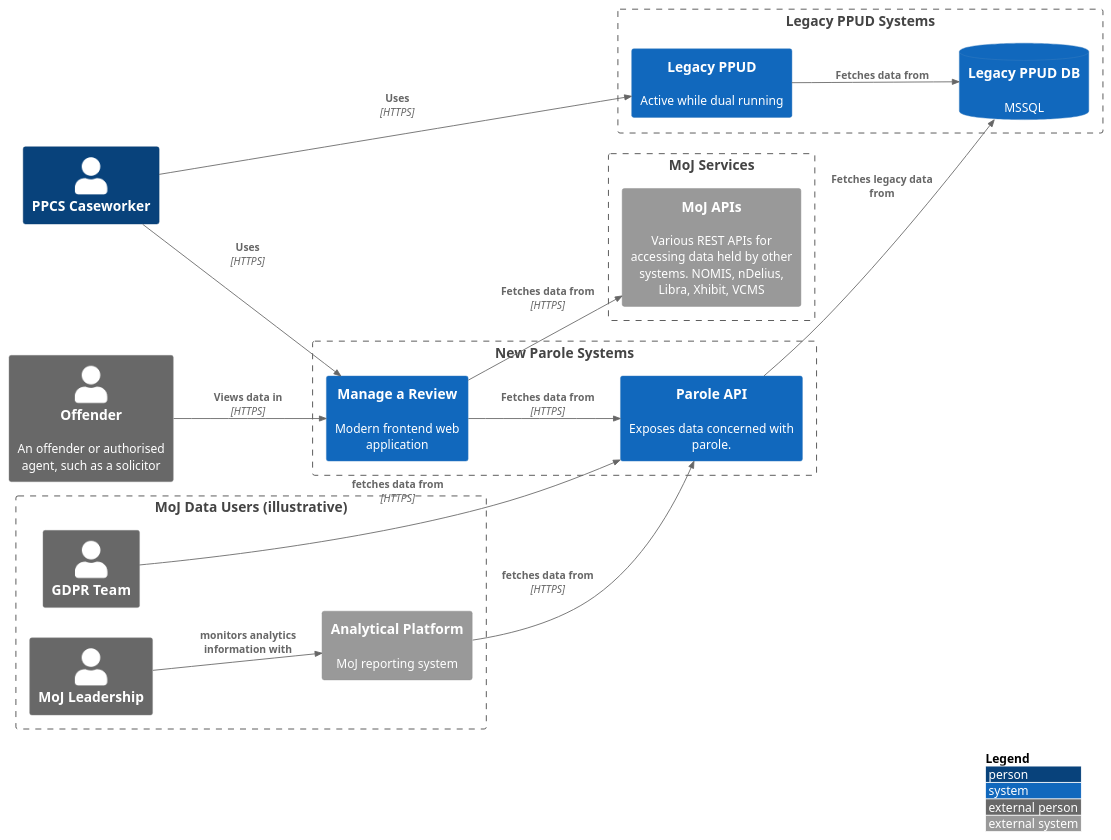
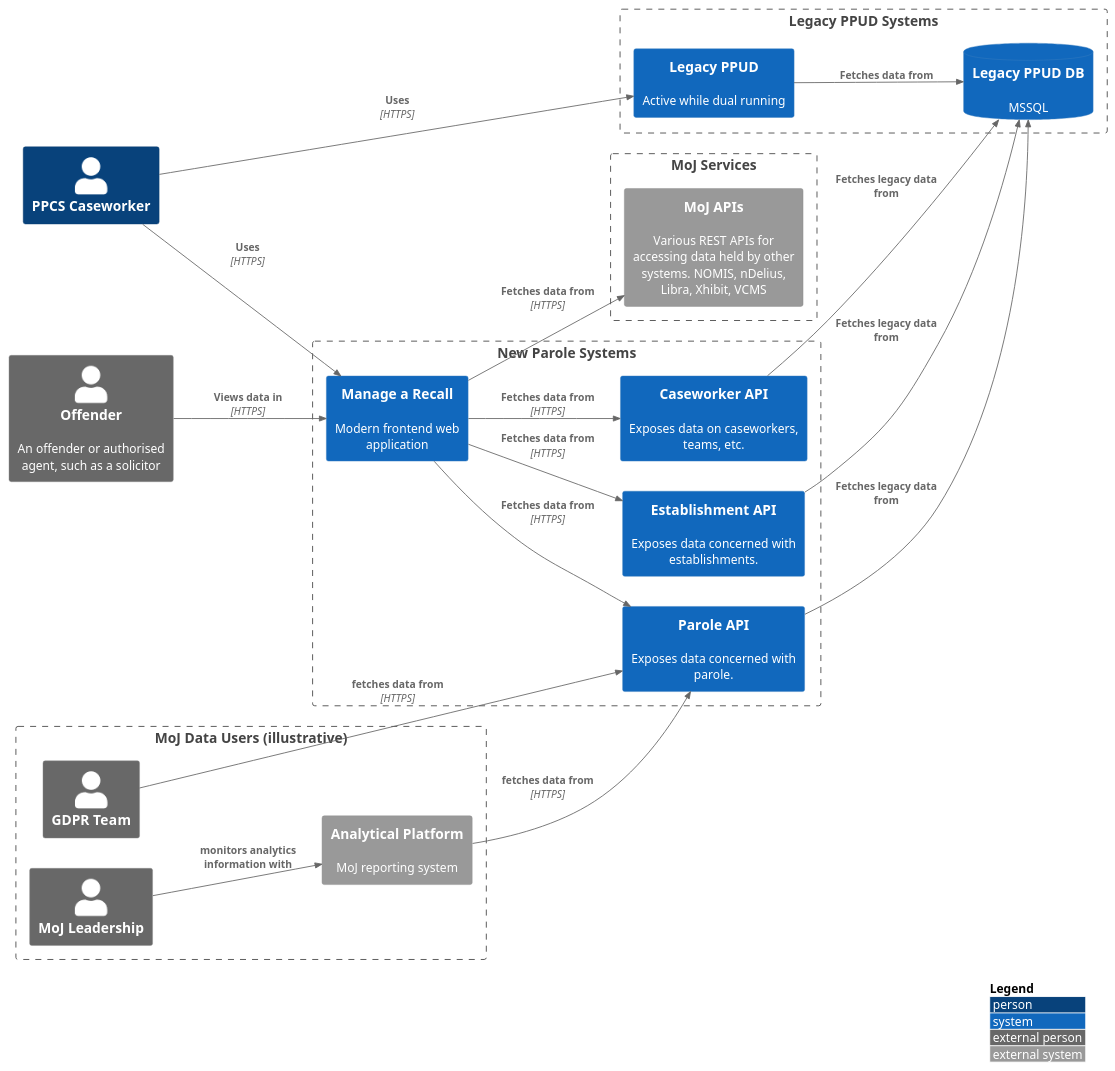
Before and after one commit to dxw/moj-ppud-alpha-technical-architecture: the diagram in c1_system_context.puml, drawn with PlantUML. The commit also changed 2 other files, not shown here.

Commit message:
change review example to recall and add new APIs

```diff
--- a/c1_system_context.puml
+++ b/c1_system_context.puml
@@ -1,44 +1,50 @@
 @startuml System Context Diagram
 !includeurl https://raw.githubusercontent.com/scott-wong/C4-PlantUML/master/C4_Context.puml
 
 LAYOUT_WITH_LEGEND()
 LAYOUT_LEFT_RIGHT()
 
 skinparam BackgroundColor #00000000
 
 Person(caseworker, "PPCS Caseworker")
 Person_Ext(offender, "Offender", "An offender or authorised agent, such as a solicitor")
 
 Boundary(moj_apis, "MoJ Services") {
   System_Ext(MojAPIs, "MoJ APIs", "Various REST APIs for accessing data held by other systems. NOMIS, nDelius, Libra, Xhibit, VCMS")
 }
 
 Boundary(legacy_ppud, "Legacy PPUD Systems") {
   System(ppud, "Legacy PPUD", "Active while dual running")
   SystemDb(legacyDB, "Legacy PPUD DB", "MSSQL")
   Rel(ppud, legacyDB, "Fetches data from")
   Rel(caseworker, ppud, "Uses", "HTTPS")
 }
 
 Boundary(new_services, "New Parole Systems") {
-  System(review, "Manage a Review", "Modern frontend web application")
+  System(recall, "Manage a Recall", "Modern frontend web application")
   System(ParoleAPI, "Parole API", "Exposes data concerned with parole.")
+  System(CaseworkerAPI, "Caseworker API", "Exposes data on caseworkers, teams, etc.")
+  System(EstablishmentAPI, "Establishment API", "Exposes data concerned with establishments.")
 }
 
 Boundary(moj_users, "MoJ Data Users (illustrative)") {
   Person_Ext(moj, "MoJ Leadership")
   Person_Ext(gdpr, "GDPR Team")
   System_Ext(analytics, "Analytical Platform", "MoJ reporting system")
   Rel(analytics, ParoleAPI, "fetches data from", "HTTPS")
   Rel(gdpr, ParoleAPI, "fetches data from", "HTTPS")
   Rel(moj, analytics, "monitors analytics information with")
 }
 
 Rel(ParoleAPI, legacyDB, "Fetches legacy data from")
+Rel(CaseworkerAPI, legacyDB, "Fetches legacy data from")
+Rel(EstablishmentAPI, legacyDB, "Fetches legacy data from")
 
-Rel(caseworker, review, "Uses", "HTTPS")
-Rel(offender, review, "Views data in", "HTTPS")
-Rel(review, ParoleAPI, "Fetches data from", "HTTPS")
-Rel(review, MojAPIs, "Fetches data from", "HTTPS")
+Rel(caseworker, recall, "Uses", "HTTPS")
+Rel(offender, recall, "Views data in", "HTTPS")
+Rel(recall, ParoleAPI, "Fetches data from", "HTTPS")
+Rel(recall, CaseworkerAPI, "Fetches data from", "HTTPS")
+Rel(recall, EstablishmentAPI, "Fetches data from", "HTTPS")
+Rel(recall, MojAPIs, "Fetches data from", "HTTPS")
 
 @enduml
```
